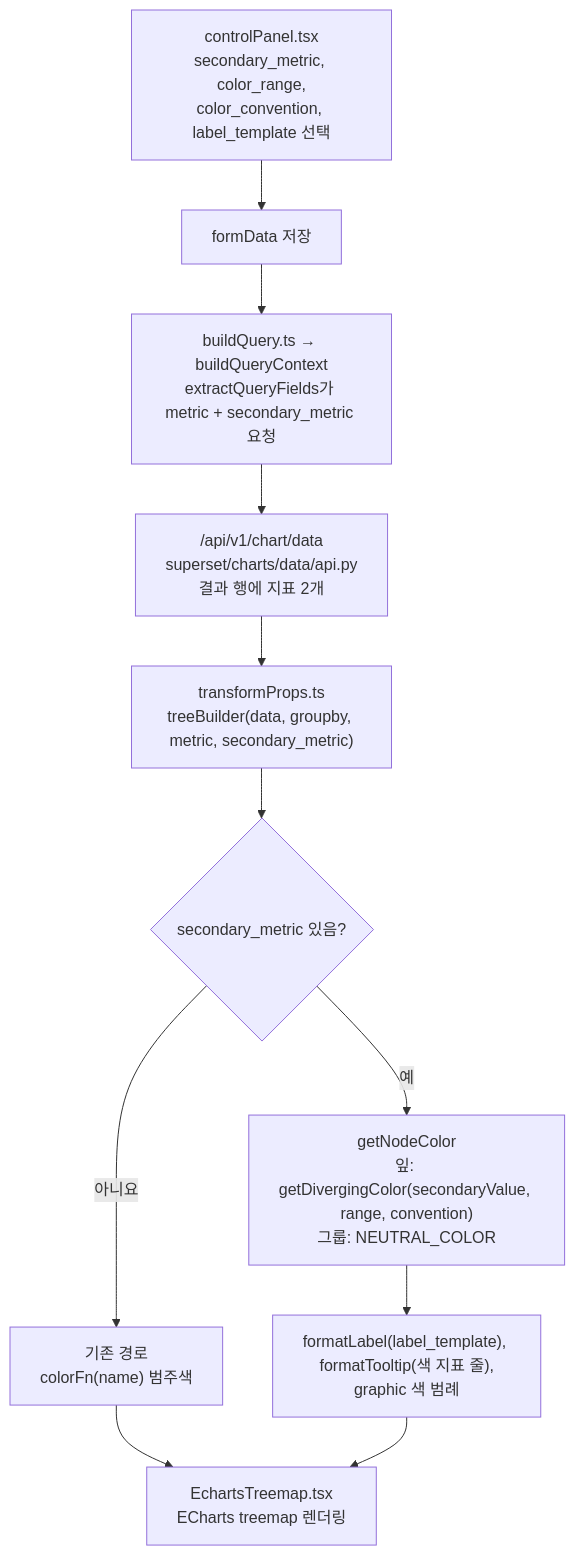
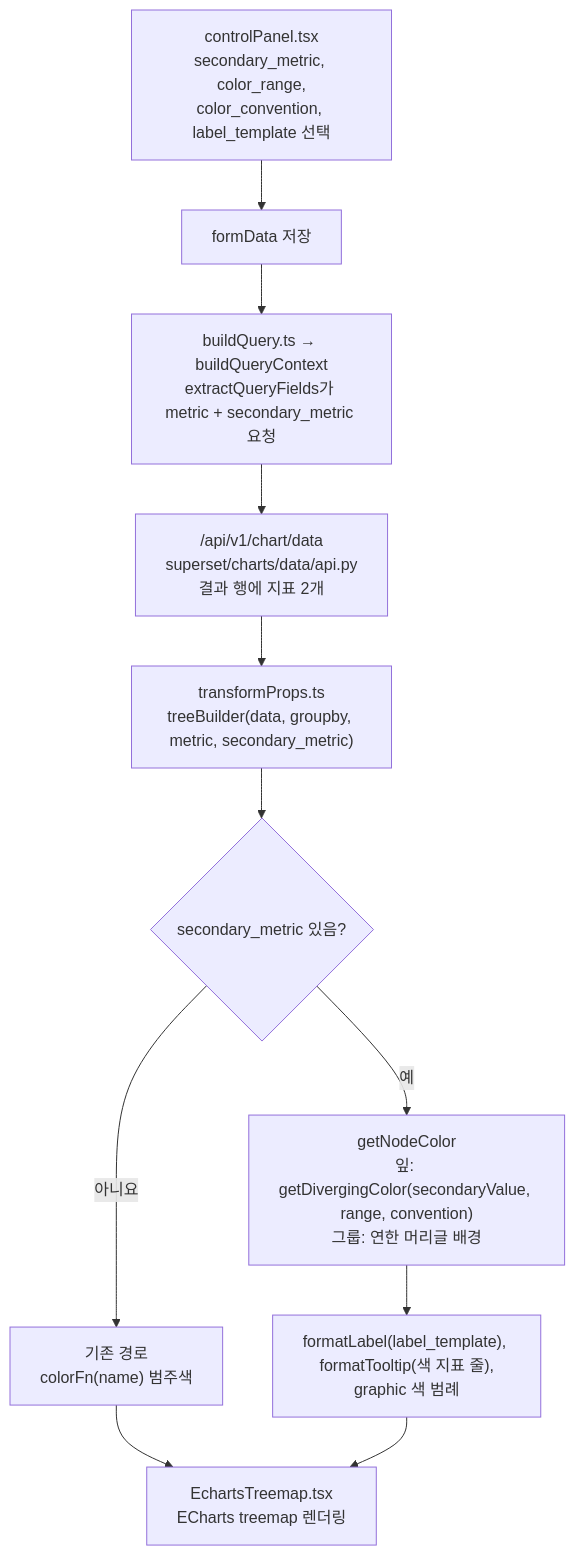
One commit to mju-oss-9/superset changed the diagram in team9/features/treemap-color-metric.md. Above: the diagram before and after it, drawn with Mermaid. The commit also changed other lines of this file and 8 other files, not shown here.

````diff
--- a/team9/features/treemap-color-metric.md
+++ b/team9/features/treemap-color-metric.md
@@ -72,13 +75,13 @@
 ```mermaid
 flowchart TD
   A["controlPanel.tsx<br/>secondary_metric, color_range,<br/>color_convention, label_template 선택"] --> B[formData 저장]
   B --> C["buildQuery.ts → buildQueryContext<br/>extractQueryFields가 metric + secondary_metric 요청"]
   C --> D["/api/v1/chart/data<br/>superset/charts/data/api.py<br/>결과 행에 지표 2개"]
   D --> E["transformProps.ts<br/>treeBuilder(data, groupby, metric, secondary_metric)"]
   E --> F{secondary_metric 있음?}
   F -- 아니요 --> G["기존 경로<br/>colorFn(name) 범주색"]
-  F -- 예 --> H["getNodeColor<br/>잎: getDivergingColor(secondaryValue, range, convention)<br/>그룹: NEUTRAL_COLOR"]
+  F -- 예 --> H["getNodeColor<br/>잎: getDivergingColor(secondaryValue, range, convention)<br/>그룹: 연한 머리글 배경"]
   H --> I["formatLabel(label_template), formatTooltip(색 지표 줄),<br/>graphic 색 범례"]
   G --> J["EchartsTreemap.tsx<br/>ECharts treemap 렌더링"]
   I --> J
 ```
````
